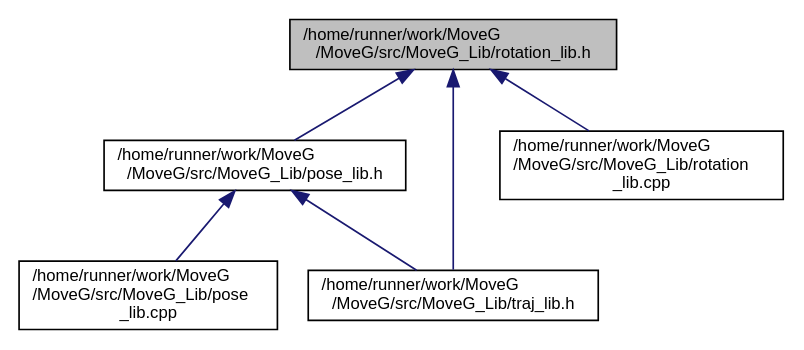
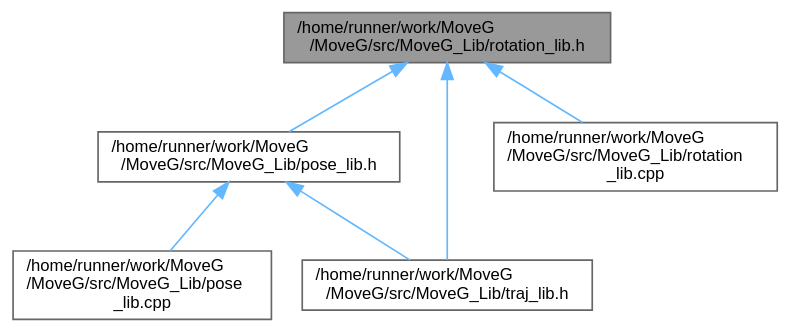
The diagram in rotation__lib_8h__dep__incl.dot (GiorgioMedico/MoveG), drawn with Graphviz before and after one commit. The commit also changed 164 other files, not shown here.

```diff
--- a/rotation__lib_8h__dep__incl.dot
+++ b/rotation__lib_8h__dep__incl.dot
@@ -1,16 +1,17 @@
 digraph "/home/runner/work/MoveG/MoveG/src/MoveG_Lib/rotation_lib.h"
 {
  // LATEX_PDF_SIZE
-  edge [fontname="Helvetica",fontsize="10",labelfontname="Helvetica",labelfontsize="10"];
-  node [fontname="Helvetica",fontsize="10",shape=record];
-  Node1 [label="/home/runner/work/MoveG\l/MoveG/src/MoveG_Lib/rotation_lib.h",height=0.2,width=0.4,color="black", fillcolor="grey75", style="filled", fontcolor="black",tooltip="Classe per la rappresentazione e manipolazione di rotazioni in 3D."];
-  Node1 -> Node2 [dir="back",color="midnightblue",fontsize="10",style="solid",fontname="Helvetica"];
-  Node2 [label="/home/runner/work/MoveG\l/MoveG/src/MoveG_Lib/pose_lib.h",height=0.2,width=0.4,color="black", fillcolor="white", style="filled",URL="$pose__lib_8h.html",tooltip="Classe per la rappresentazione di Pose."];
-  Node2 -> Node3 [dir="back",color="midnightblue",fontsize="10",style="solid",fontname="Helvetica"];
-  Node3 [label="/home/runner/work/MoveG\l/MoveG/src/MoveG_Lib/pose\l_lib.cpp",height=0.2,width=0.4,color="black", fillcolor="white", style="filled",URL="$pose__lib_8cpp.html",tooltip="Classe per la rappresentazione di Pose."];
-  Node2 -> Node4 [dir="back",color="midnightblue",fontsize="10",style="solid",fontname="Helvetica"];
-  Node4 [label="/home/runner/work/MoveG\l/MoveG/src/MoveG_Lib/traj_lib.h",height=0.2,width=0.4,color="black", fillcolor="white", style="filled",URL="$traj__lib_8h.html",tooltip="Classe per la rappresentazione di Traiettorie."];
-  Node1 -> Node5 [dir="back",color="midnightblue",fontsize="10",style="solid",fontname="Helvetica"];
-  Node5 [label="/home/runner/work/MoveG\l/MoveG/src/MoveG_Lib/rotation\l_lib.cpp",height=0.2,width=0.4,color="black", fillcolor="white", style="filled",URL="$rotation__lib_8cpp.html",tooltip="Classe per la rappresentazione e manipolazione di rotazioni in 3D."];
-  Node1 -> Node4 [dir="back",color="midnightblue",fontsize="10",style="solid",fontname="Helvetica"];
+  bgcolor="transparent";
+  edge [fontname=Helvetica,fontsize=10,labelfontname=Helvetica,labelfontsize=10];
+  node [fontname=Helvetica,fontsize=10,shape=box,height=0.2,width=0.4];
+  Node1 [id="Node000001",label="/home/runner/work/MoveG\l/MoveG/src/MoveG_Lib/rotation_lib.h",height=0.2,width=0.4,color="gray40", fillcolor="grey60", style="filled", fontcolor="black",tooltip="Classe per la rappresentazione e manipolazione di rotazioni in 3D."];
+  Node1 -> Node2 [id="edge1_Node000001_Node000002",dir="back",color="steelblue1",style="solid",tooltip=" "];
+  Node2 [id="Node000002",label="/home/runner/work/MoveG\l/MoveG/src/MoveG_Lib/pose_lib.h",height=0.2,width=0.4,color="grey40", fillcolor="white", style="filled",URL="$pose__lib_8h.html",tooltip="Classe per la rappresentazione di Pose."];
+  Node2 -> Node3 [id="edge2_Node000002_Node000003",dir="back",color="steelblue1",style="solid",tooltip=" "];
+  Node3 [id="Node000003",label="/home/runner/work/MoveG\l/MoveG/src/MoveG_Lib/pose\l_lib.cpp",height=0.2,width=0.4,color="grey40", fillcolor="white", style="filled",URL="$pose__lib_8cpp.html",tooltip="Classe per la rappresentazione di Pose."];
+  Node2 -> Node4 [id="edge3_Node000002_Node000004",dir="back",color="steelblue1",style="solid",tooltip=" "];
+  Node4 [id="Node000004",label="/home/runner/work/MoveG\l/MoveG/src/MoveG_Lib/traj_lib.h",height=0.2,width=0.4,color="grey40", fillcolor="white", style="filled",URL="$traj__lib_8h.html",tooltip="Classe per la rappresentazione di Traiettorie."];
+  Node1 -> Node5 [id="edge4_Node000001_Node000005",dir="back",color="steelblue1",style="solid",tooltip=" "];
+  Node5 [id="Node000005",label="/home/runner/work/MoveG\l/MoveG/src/MoveG_Lib/rotation\l_lib.cpp",height=0.2,width=0.4,color="grey40", fillcolor="white", style="filled",URL="$rotation__lib_8cpp.html",tooltip="Classe per la rappresentazione e manipolazione di rotazioni in 3D."];
+  Node1 -> Node4 [id="edge5_Node000001_Node000004",dir="back",color="steelblue1",style="solid",tooltip=" "];
 }
```
